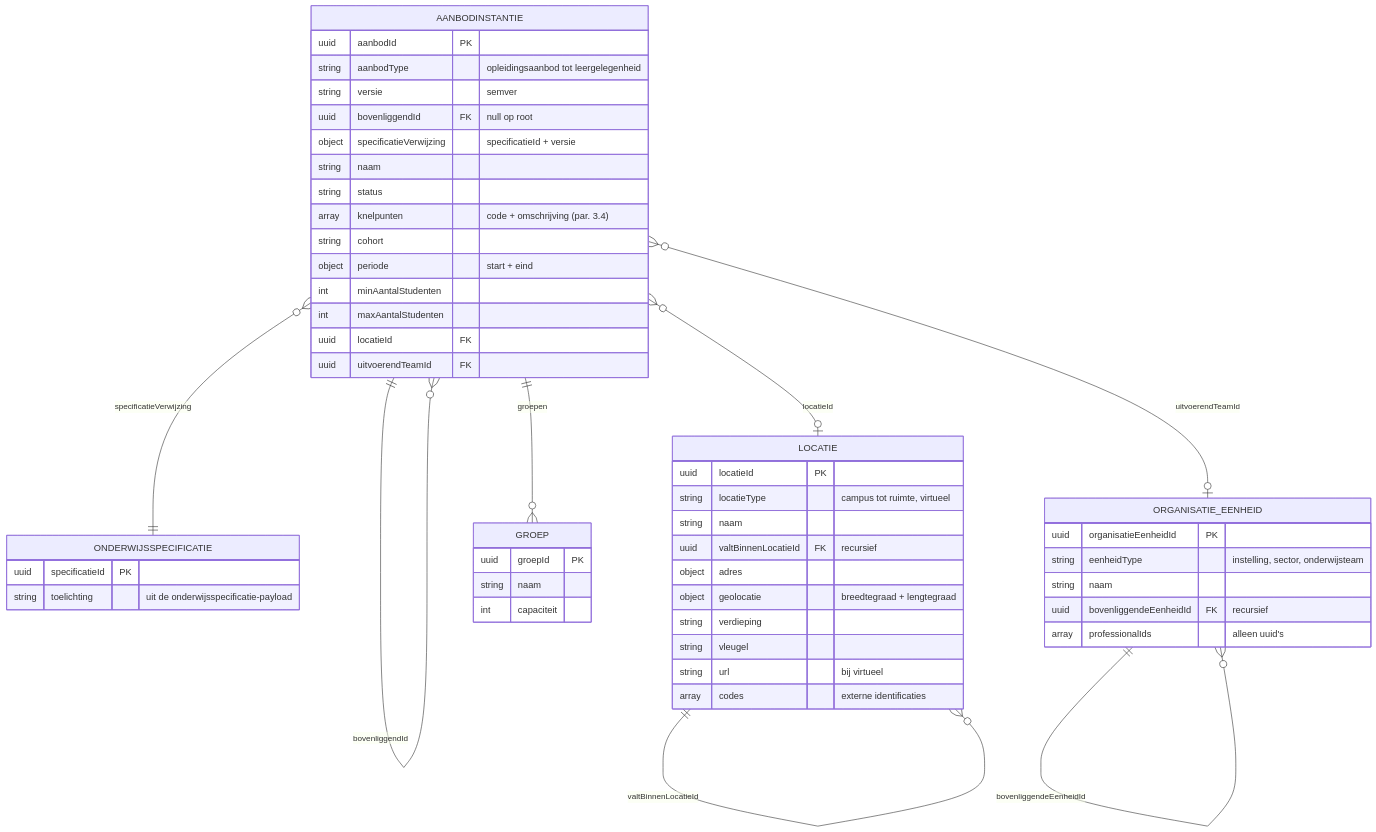
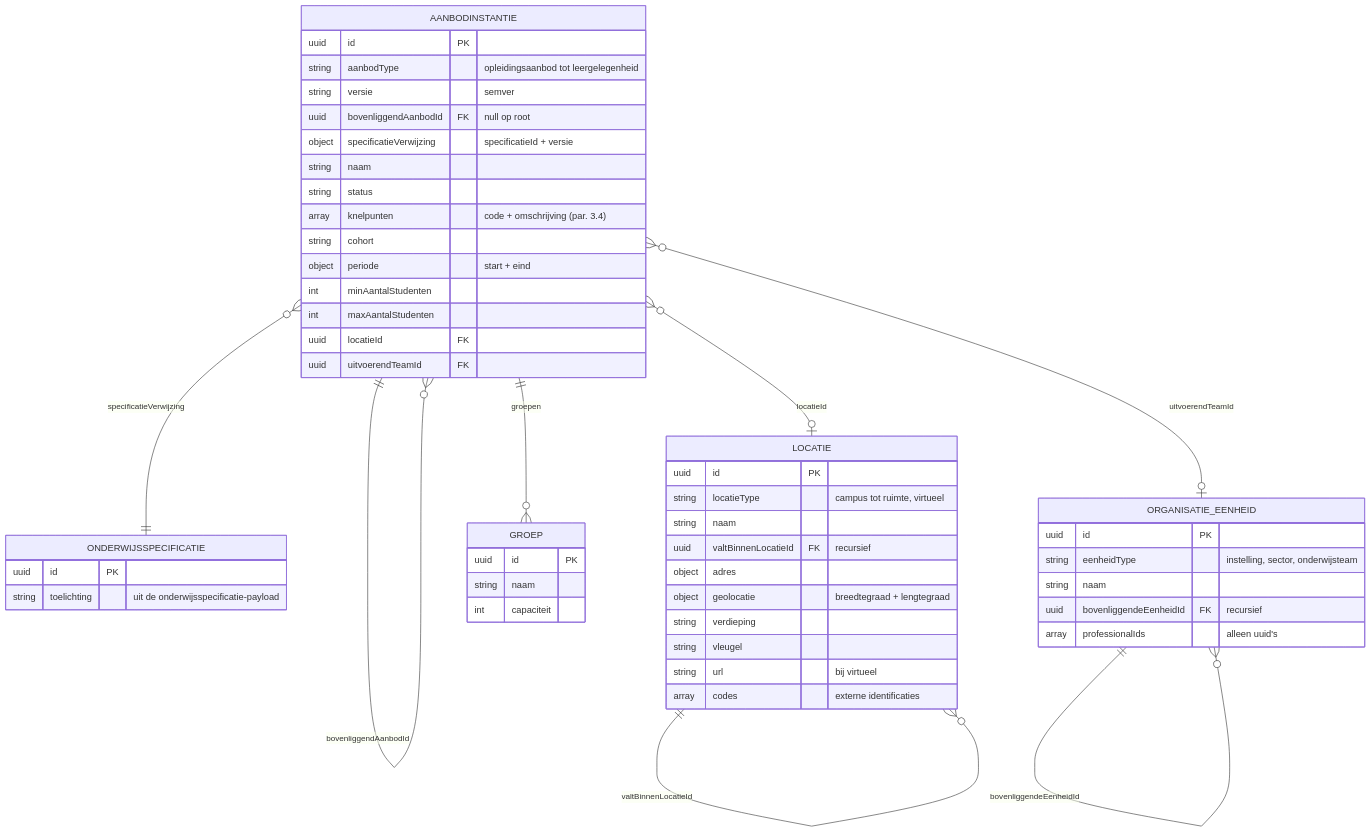
One commit to Npuls-OKx/meta changed the diagram in architecture/agent-artifacts/design-docs/koppelingspecificaties/oc-p-en-r/20260723_1304_okx-lr1-onderwijsaanbod-payload-json.md. Above: the diagram before and after it, drawn with Mermaid. The commit also changed other lines of this file and 2 other files, not shown here.

````diff
--- a/architecture/agent-artifacts/design-docs/koppelingspecificaties/oc-p-en-r/20260723_1304_okx-lr1-onderwijsaanbod-payload-json.md
+++ b/architecture/agent-artifacts/design-docs/koppelingspecificaties/oc-p-en-r/20260723_1304_okx-lr1-onderwijsaanbod-payload-json.md
@@ -61,55 +61,55 @@
 ```mermaid
 erDiagram
-    AANBODINSTANTIE ||--o{ AANBODINSTANTIE : bovenliggendId
+    AANBODINSTANTIE ||--o{ AANBODINSTANTIE : bovenliggendAanbodId
     AANBODINSTANTIE }o--|| ONDERWIJSSPECIFICATIE : specificatieVerwijzing
     AANBODINSTANTIE }o--o| LOCATIE : locatieId
     AANBODINSTANTIE }o--o| ORGANISATIE_EENHEID : uitvoerendTeamId
     AANBODINSTANTIE ||--o{ GROEP : groepen
     LOCATIE ||--o{ LOCATIE : valtBinnenLocatieId
     ORGANISATIE_EENHEID ||--o{ ORGANISATIE_EENHEID : bovenliggendeEenheidId
 
     AANBODINSTANTIE {
-        uuid aanbodId PK
+        uuid id PK
         string aanbodType "opleidingsaanbod tot leergelegenheid"
         string versie "semver"
-        uuid bovenliggendId FK "null op root"
+        uuid bovenliggendAanbodId FK "null op root"
         object specificatieVerwijzing "specificatieId + versie"
         string naam
         string status
         array knelpunten "code + omschrijving (par. 3.4)"
         string cohort
         object periode "start + eind"
         int minAantalStudenten
         int maxAantalStudenten
         uuid locatieId FK
         uuid uitvoerendTeamId FK
     }
     GROEP {
-        uuid groepId PK
+        uuid id PK
         string naam
         int capaciteit
     }
     LOCATIE {
-        uuid locatieId PK
+        uuid id PK
         string locatieType "campus tot ruimte, virtueel"
         string naam
         uuid valtBinnenLocatieId FK "recursief"
         object adres
         object geolocatie "breedtegraad + lengtegraad"
         string verdieping
         string vleugel
         string url "bij virtueel"
         array codes "externe identificaties"
     }
     ORGANISATIE_EENHEID {
-        uuid organisatieEenheidId PK
+        uuid id PK
         string eenheidType "instelling, sector, onderwijsteam"
         string naam
         uuid bovenliggendeEenheidId FK "recursief"
         array professionalIds "alleen uuid's"
     }
     ONDERWIJSSPECIFICATIE {
-        uuid specificatieId PK
+        uuid id PK
         string toelichting "uit de onderwijsspecificatie-payload"
     }
 ```
````
